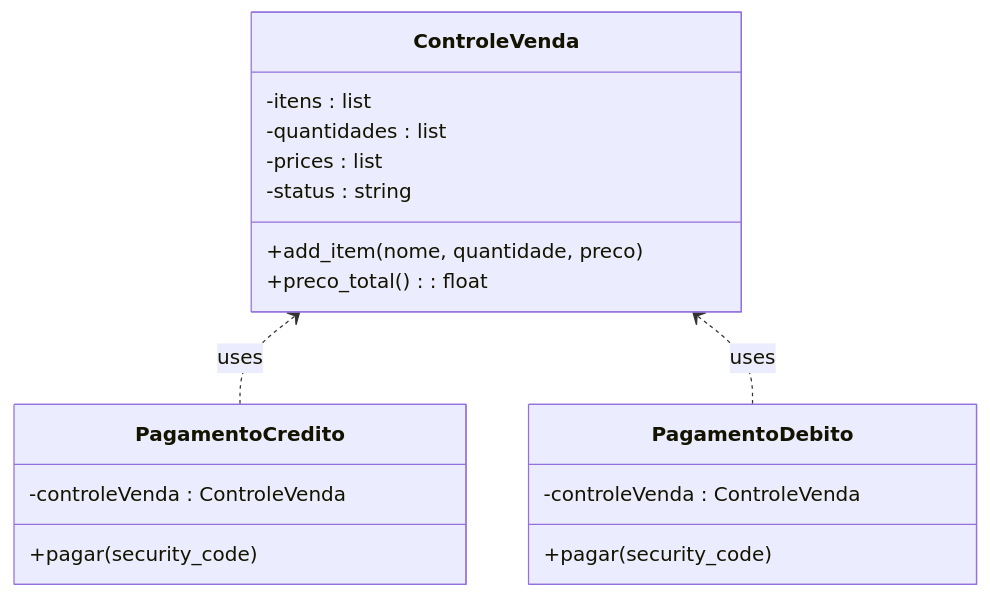
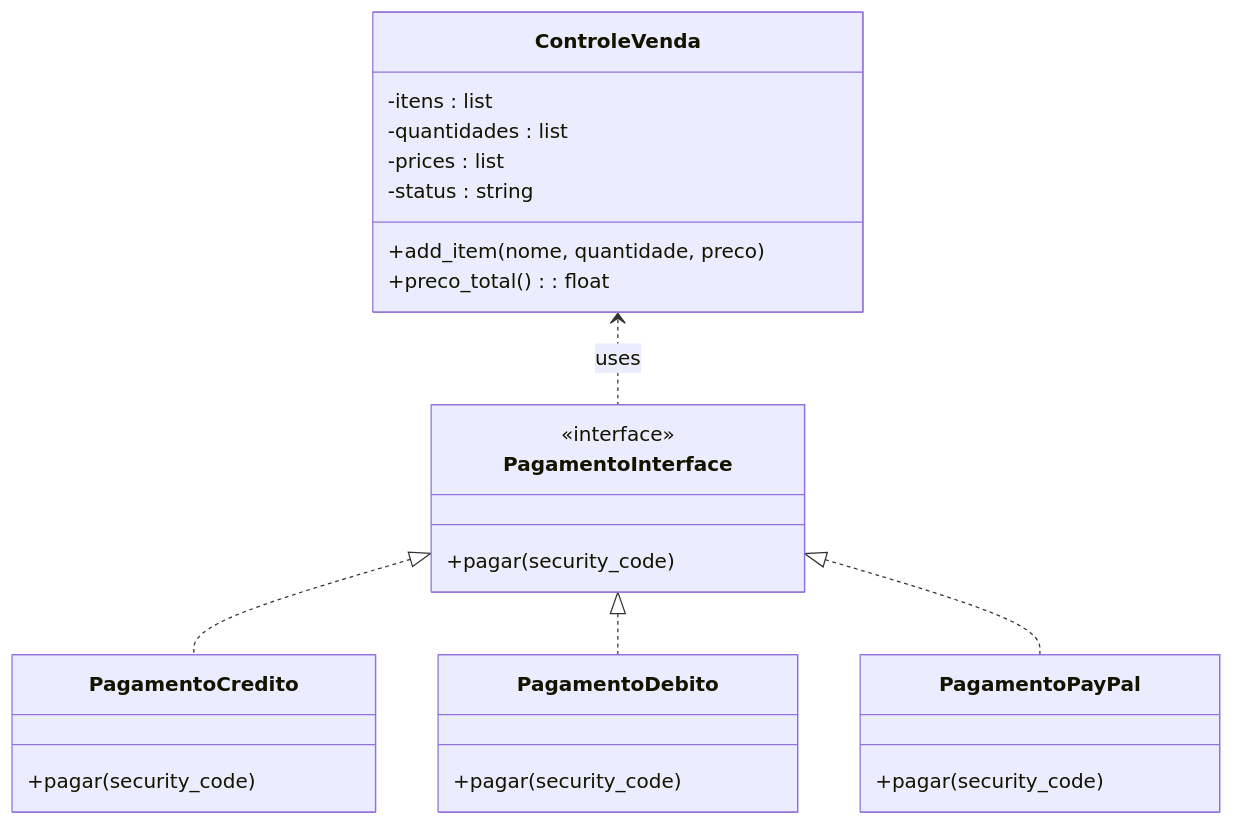
Before and after one commit to PedroSupimpa/TAP-ADS-2024: the diagram in aula05/AA2-2.md, drawn with Mermaid. The commit also changed other lines of this file and 2 other files, not shown here.

Commit message:
Add classes for payment control and improve code structure

````diff
--- a/aula05/AA2-2.md
+++ b/aula05/AA2-2.md
@@ -5,25 +4,37 @@
 ``` mermaid
 
 
 classDiagram
     class ControleVenda {
         -itens : list
         -quantidades : list
         -prices : list
         -status : string
         +add_item(nome, quantidade, preco)
         +preco_total() : float
     }
-    class PagamentoCredito {
-        -controleVenda : ControleVenda
+    
+    class PagamentoInterface {
+        <<interface>>
         +pagar(security_code)
     }
-    class PagamentoDebito {
-        -controleVenda : ControleVenda
+    
+    class PagamentoCredito {
         +pagar(security_code)
     }
-    ControleVenda <.. PagamentoCredito : uses
-    ControleVenda <.. PagamentoDebito : uses
+    
+    class PagamentoDebito {
+        +pagar(security_code)
+    }
+    
+    class PagamentoPayPal {
+        +pagar(security_code)
+    }
+    
+    ControleVenda <.. PagamentoInterface : uses
+    PagamentoInterface <|.. PagamentoCredito
+    PagamentoInterface <|.. PagamentoDebito
+    PagamentoInterface <|.. PagamentoPayPal
 
     
 ```
````
